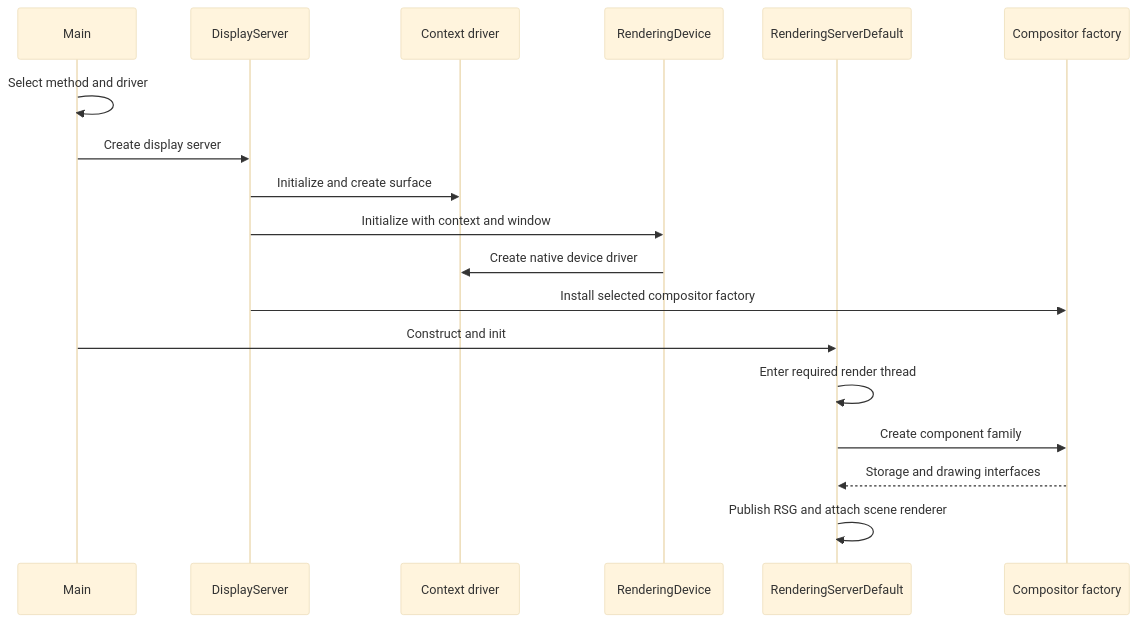
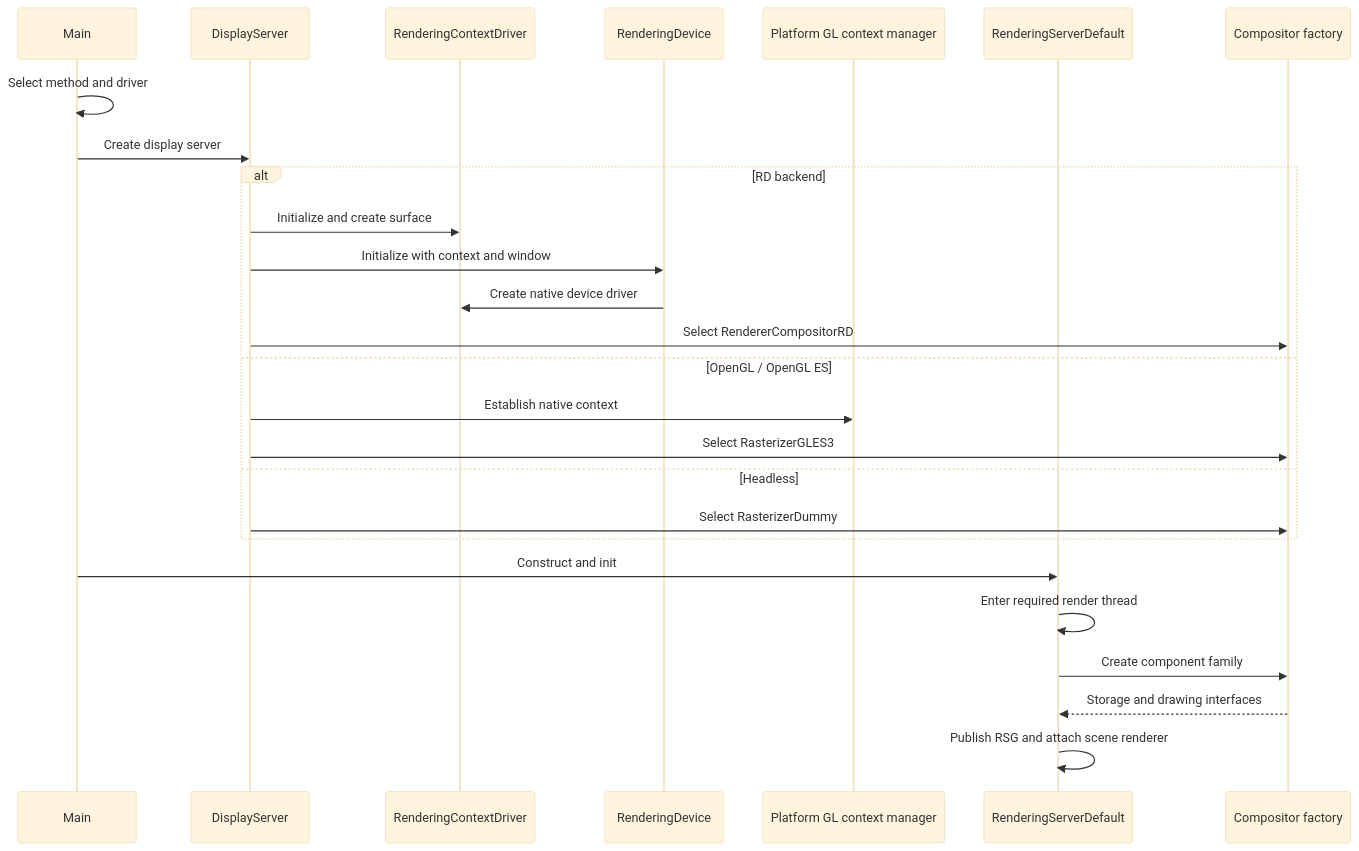
The diagram in Redot-Documentation/docs/latest/engine_internals/rendering/diagrams/rendering-startup.mmd (Redot-Engine/Redot-Documentation), drawn with Mermaid (base theme) before and after one commit. The commit also changed 25 other files, not shown here.

```diff
--- a/Redot-Documentation/docs/latest/engine_internals/rendering/diagrams/rendering-startup.mmd
+++ b/Redot-Documentation/docs/latest/engine_internals/rendering/diagrams/rendering-startup.mmd
@@ -1,20 +1,28 @@
 sequenceDiagram
     accTitle: Renderer startup sequence
-    accDescr: Platform graphics initialization precedes construction of the server component family.
+    accDescr: RD backends create a device, OpenGL establishes a context, and headless selects dummy rendering before server construction.
     participant Main
     participant Display as DisplayServer
-    participant Context as Context driver
+    participant Context as RenderingContextDriver
     participant RD as RenderingDevice
+    participant GL as Platform GL context manager
     participant Server as RenderingServerDefault
     participant Comp as Compositor factory
     Main->>Main: Select method and driver
     Main->>Display: Create display server
-    Display->>Context: Initialize and create surface
-    Display->>RD: Initialize with context and window
-    RD->>Context: Create native device driver
-    Display->>Comp: Install selected compositor factory
+    alt RD backend
+        Display->>Context: Initialize and create surface
+        Display->>RD: Initialize with context and window
+        RD->>Context: Create native device driver
+        Display->>Comp: Select RendererCompositorRD
+    else OpenGL / OpenGL ES
+        Display->>GL: Establish native context
+        Display->>Comp: Select RasterizerGLES3
+    else Headless
+        Display->>Comp: Select RasterizerDummy
+    end
     Main->>Server: Construct and init
     Server->>Server: Enter required render thread
     Server->>Comp: Create component family
     Comp-->>Server: Storage and drawing interfaces
     Server->>Server: Publish RSG and attach scene renderer
```
